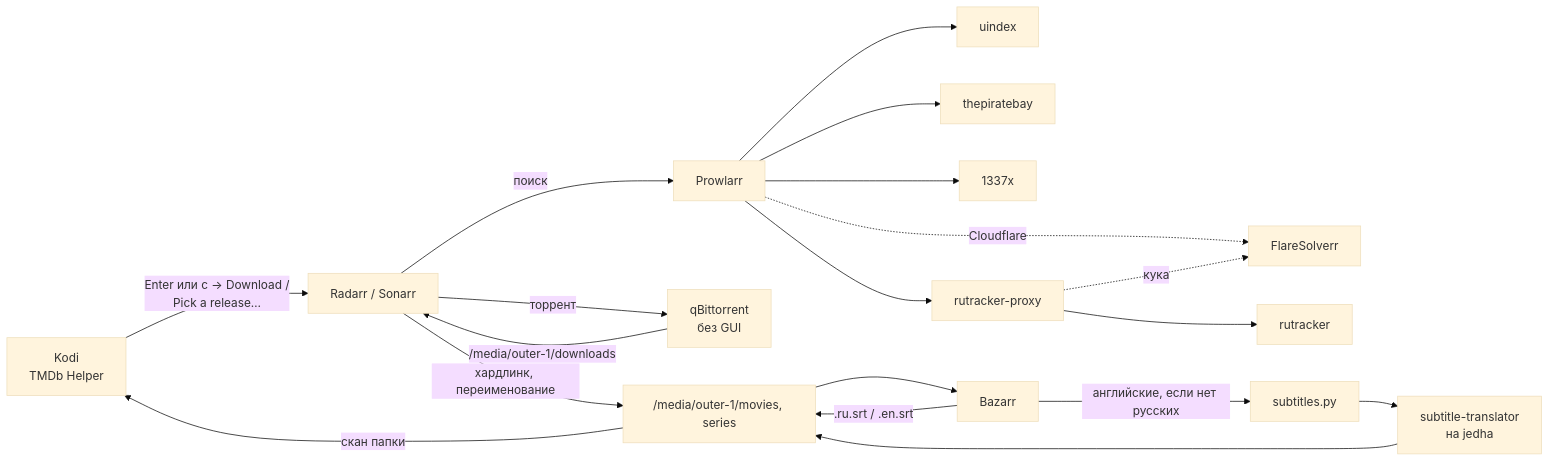
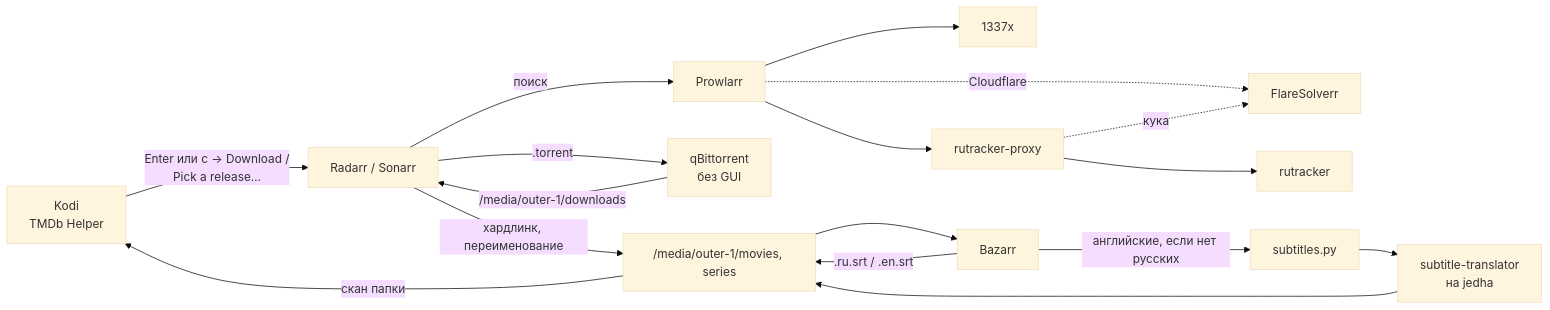
One commit to Luvrok/dotfiles changed the diagram in nixos/services/arr/movie pipe.md. Above: the diagram before and after it, drawn with Mermaid (base theme). The commit also changed other lines of this file and 15 other files, not shown here.

````diff
--- a/nixos/services/arr/movie pipe.md
+++ b/nixos/services/arr/movie pipe.md
@@ -9,16 +9,16 @@
 ```mermaid
 flowchart LR
   K[Kodi<br>TMDb Helper] -- "Enter или c → Download /<br>Pick a release…" --> R[Radarr / Sonarr]
   R -- поиск --> P[Prowlarr]
-  P --> T2[uindex] & T3[thepiratebay] & T4[1337x]
+  P --> T4[1337x]
   P -. Cloudflare .-> F[FlareSolverr]
   P --> RP[rutracker-proxy] --> T1[rutracker]
   RP -. кука .-> F
-  R -- торрент --> Q[qBittorrent<br>без GUI]
+  R -- ".torrent" --> Q[qBittorrent<br>без GUI]
   Q -- "/media/outer-1/downloads" --> R
   R -- "хардлинк, переименование" --> L["/media/outer-1/movies, series"]
   L --> B[Bazarr]
   B -- ".ru.srt / .en.srt" --> L
   B -- "английские, если нет русских" --> S[subtitles.py] --> J[subtitle-translator<br>на jedha] --> L
   L -- "скан папки" --> K
 ```
````
